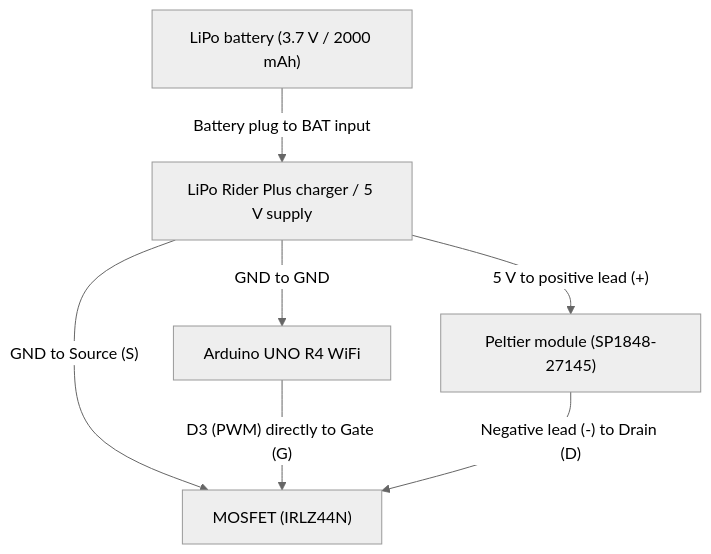
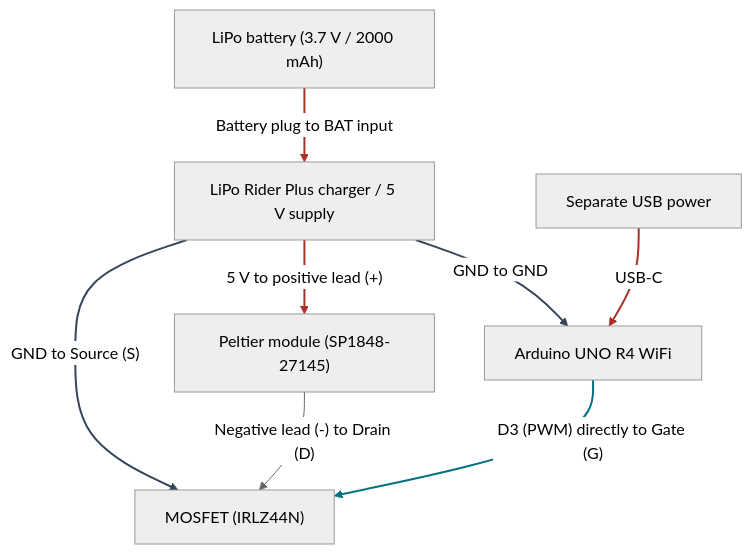
One commit to nullyks/haptell-devices changed the diagram in schematics/haptell-06-peltier/diagram.md. Above: the diagram before and after it, drawn with Mermaid (neutral theme). The commit also changed 35 other files, not shown here.

````diff
--- a/schematics/haptell-06-peltier/diagram.md
+++ b/schematics/haptell-06-peltier/diagram.md
@@ -6,15 +6,19 @@
 ```mermaid
 flowchart TB
   battery["LiPo battery (3.7 V / 2000 mAh)"]
   charger["LiPo Rider Plus charger / 5 V supply"]
   arduino["Arduino UNO R4 WiFi"]
   peltier["Peltier module (SP1848-27145)"]
   mosfet["MOSFET (IRLZ44N)"]
 
+  usb["Separate USB power"] -->|"USB-C"| arduino
   battery -->|"Battery plug to BAT input"| charger
   charger -->|"GND to GND"| arduino
   charger -->|"5 V to positive lead (+)"| peltier
   charger -->|"GND to Source (S)"| mosfet
   arduino -->|"D3 (PWM) directly to Gate (G)"| mosfet
   peltier -->|"Negative lead (-) to Drain (D)"| mosfet
+  linkStyle 0,1,3 stroke:#a83227,stroke-width:2px
+  linkStyle 2,4 stroke:#35465a,stroke-width:2px
+  linkStyle 5 stroke:#067083,stroke-width:2px
 ```
````
